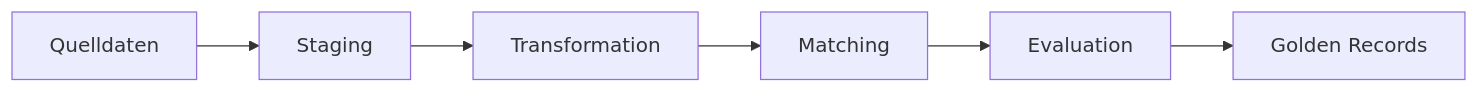
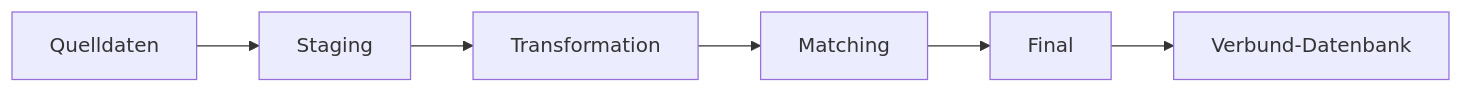
Before and after one commit to RonjaBot/DPI-SoSe26-Brainicles: the diagram in README.md, drawn with Mermaid. The commit also changed other lines of this file, not shown here.

````diff
--- a/README.md
+++ b/README.md
@@ -149,8 +155,8 @@
 ```mermaid
 flowchart LR
-Q[Quelldaten] --> B[Staging]
-B --> T[Transformation]
+Q[Quelldaten] --> S[Staging]
+S --> T[Transformation]
 T --> M[Matching]
-M --> E[Evaluation]
-E --> G[Golden Records]
+M --> F[Final]
+F --> V[Verbund-Datenbank]
 ```
````
